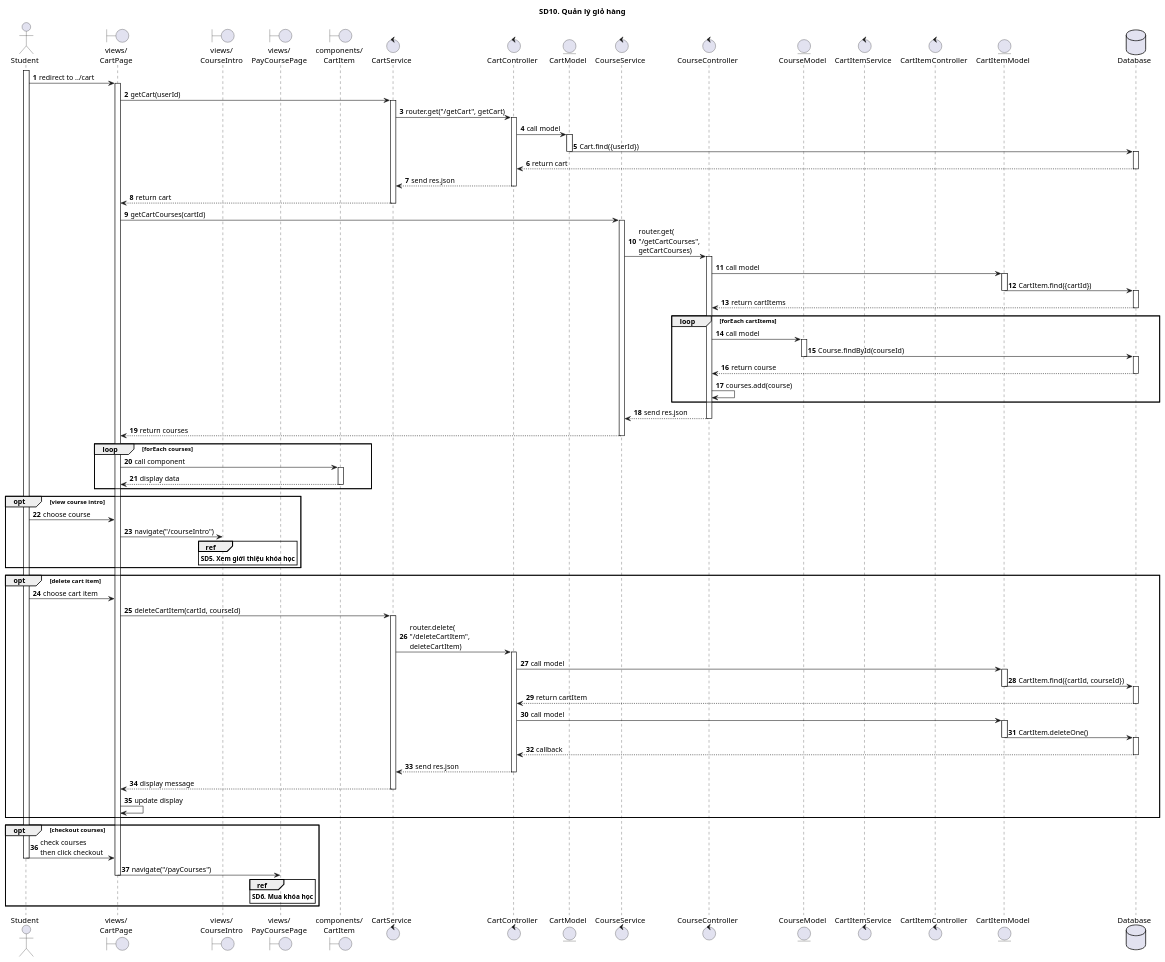
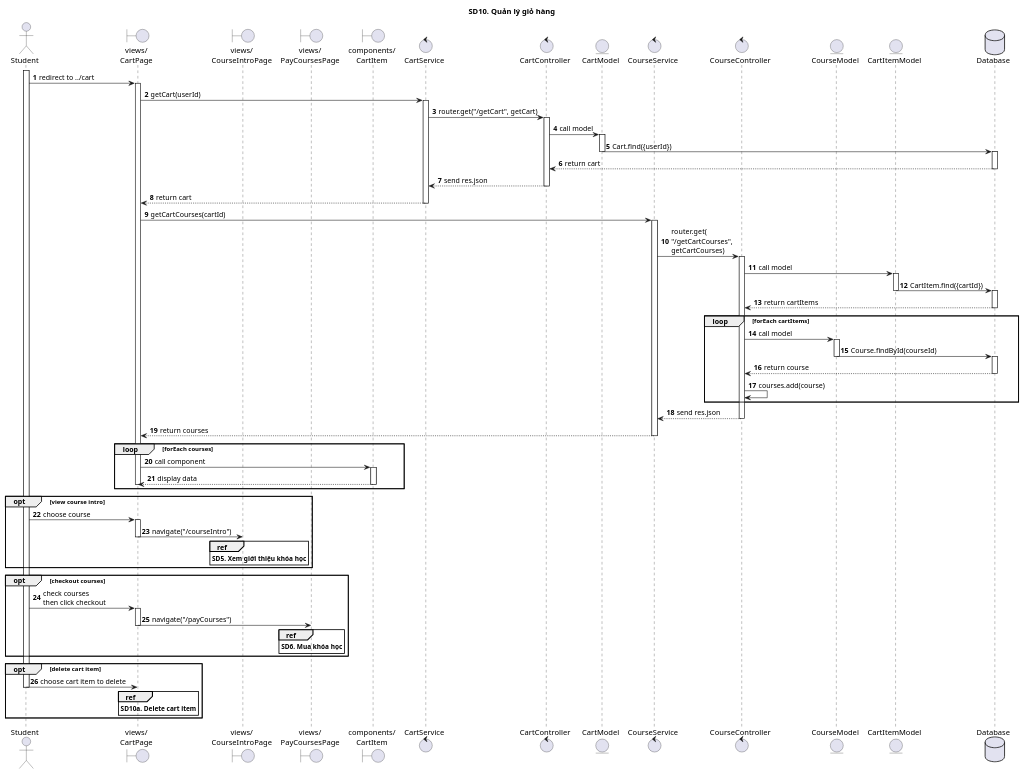
One commit to The-Cookies-Team/UML-Diagrams changed the diagram in SequenceDiagrams/CNPMHDT/sd10.puml. Above: the diagram before and after it, drawn with PlantUML. The commit also changed 18 other files, not shown here.

```diff
--- a/SequenceDiagrams/CNPMHDT/sd10.puml
+++ b/SequenceDiagrams/CNPMHDT/sd10.puml
@@ -1,124 +1,107 @@
 @startuml SQ
 
 autonumber
 
 title SD10. Quản lý giỏ hàng
 
 actor "Student" as Actor
 boundary "views/\nCartPage" as CartPage
-boundary "views/\nCourseIntro" as CourseIntro
-boundary "views/\nPayCoursePage" as PayCourse
+boundary "views/\nCourseIntroPage" as CourseIntro
+boundary "views/\nPayCoursesPage" as PayCourse
 boundary "components/\nCartItem" as CartItem
 control "CartService"
 control "CartController"
 entity "CartModel"
 control "CourseService"
 control "CourseController"
 entity "CourseModel"
-control "CartItemService"
-control "CartItemController"
 entity "CartItemModel"
 database "Database" as Database
 
 activate Actor
 Actor -> CartPage: redirect to ../cart
 activate CartPage
 CartPage -> CartService: getCart(userId)
 activate CartService
 CartService -> CartController: router.get("/getCart", getCart)
 activate CartController
 CartController -> CartModel: call model
 activate CartModel
 CartModel -> Database: Cart.find({userId})
 deactivate CartModel
 activate Database
 Database --> CartController: return cart
 deactivate Database
 CartController --> CartService: send res.json
 deactivate CartController
 CartService --> CartPage: return cart
 deactivate CartService
 CartPage -> CourseService: getCartCourses(cartId)
 activate CourseService
 CourseService -> CourseController: router.get(\n"/getCartCourses",\ngetCartCourses)
 activate CourseController
 CourseController -> CartItemModel: call model
 activate CartItemModel
 CartItemModel -> Database: CartItem.find({cartId})
 deactivate CartItemModel
 activate Database
 Database --> CourseController: return cartItems
 deactivate Database
 loop forEach cartItems
 CourseController -> CourseModel: call model
 activate CourseModel
 CourseModel -> Database: Course.findById(courseId)
 deactivate CourseModel
 activate Database
 deactivate CourseModel
 Database --> CourseController: return course
 deactivate Database
 CourseController -> CourseController: courses.add(course)
 end
 CourseController --> CourseService: send res.json
 deactivate CourseController
 CourseService --> CartPage: return courses
 deactivate CourseService
 
 loop forEach courses
 
 CartPage -> CartItem: call component
 
 activate CartItem
 CartItem --> CartPage: display data
 deactivate CartItem
+deactivate CartPage
 
 end
 
 opt view course intro
 Actor -> CartPage: choose course
+activate CartPage
 CartPage -> CourseIntro: navigate("/courseIntro")
+deactivate CartPage
+
 ref over CourseIntro
 **SD5. Xem giới thiệu khóa học**
 end ref
 end group
 
-opt delete cart item
-Actor -> CartPage: choose cart item
-CartPage -> CartService: deleteCartItem(cartId, courseId)
-activate CartService
-CartService -> CartController: router.delete(\n"/deleteCartItem",\ndeleteCartItem)
-activate CartController
-CartController -> CartItemModel: call model
-activate CartItemModel
-CartItemModel -> Database: CartItem.find({cartId, courseId})
-deactivate CartItemModel
-activate Database
-Database --> CartController: return cartItem
-deactivate Database
-CartController -> CartItemModel: call model
-activate CartItemModel
-CartItemModel -> Database: CartItem.deleteOne()
-deactivate CartItemModel
-activate Database
-Database --> CartController: callback
-deactivate Database
-CartController --> CartService: send res.json
-deactivate CartController
-CartService --> CartPage: display message
-deactivate CartService
-CartPage -> CartPage: update display
-end
-
 opt checkout courses
 Actor -> CartPage: check courses\nthen click checkout
-deactivate Actor
+activate CartPage
 CartPage -> PayCourse: navigate("/payCourses")
 deactivate CartPage
 
 ref over PayCourse
 **SD6. Mua khóa học**
 end ref
 end
 
+opt delete cart item
+Actor -> CartPage: choose cart item to delete
+deactivate Actor
+ref over CartPage
+**SD10a. Delete cart item**
+end ref
+end
+
 @enduml
```
